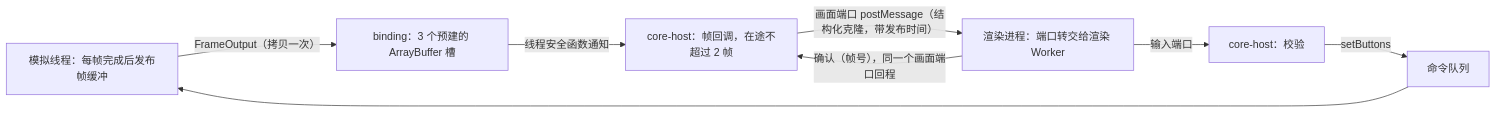
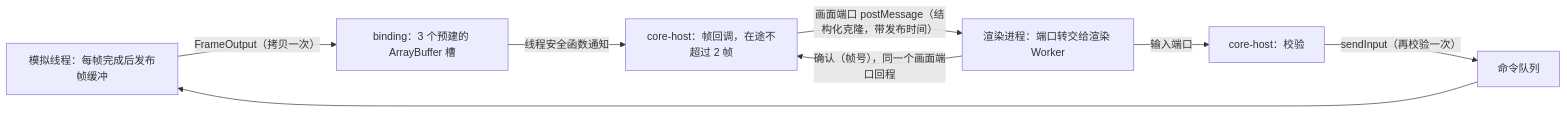
One commit to sungbindev/famiclone changed the second of 2 diagrams in ember/docs/01-软件架构设计.md. Above: the diagram before and after it, drawn with Mermaid. The commit also changed other lines of this file and 58 other files, not shown here.

````diff
--- a/ember/docs/01-软件架构设计.md
+++ b/ember/docs/01-软件架构设计.md
@@ -237,9 +237,9 @@
 ```mermaid
 flowchart LR
   SIM["模拟线程：每帧完成后发布帧缓冲"] -->|"FrameOutput（拷贝一次）"| SLOT["binding：3 个预建的 ArrayBuffer 槽"]
   SLOT -->|"线程安全函数通知"| HOST["core-host：帧回调，在途不超过 2 帧"]
   HOST -->|"画面端口 postMessage（结构化克隆，带发布时间）"| UI["渲染进程：端口转交给渲染 Worker"]
   UI -->|"确认（帧号），同一个画面端口回程"| HOST
   UI -->|"输入端口"| HOST2["core-host：校验"]
-  HOST2 -->|"setButtons"| Q["命令队列"] --> SIM
+  HOST2 -->|"sendInput（再校验一次）"| Q["命令队列"] --> SIM
 ```
````
